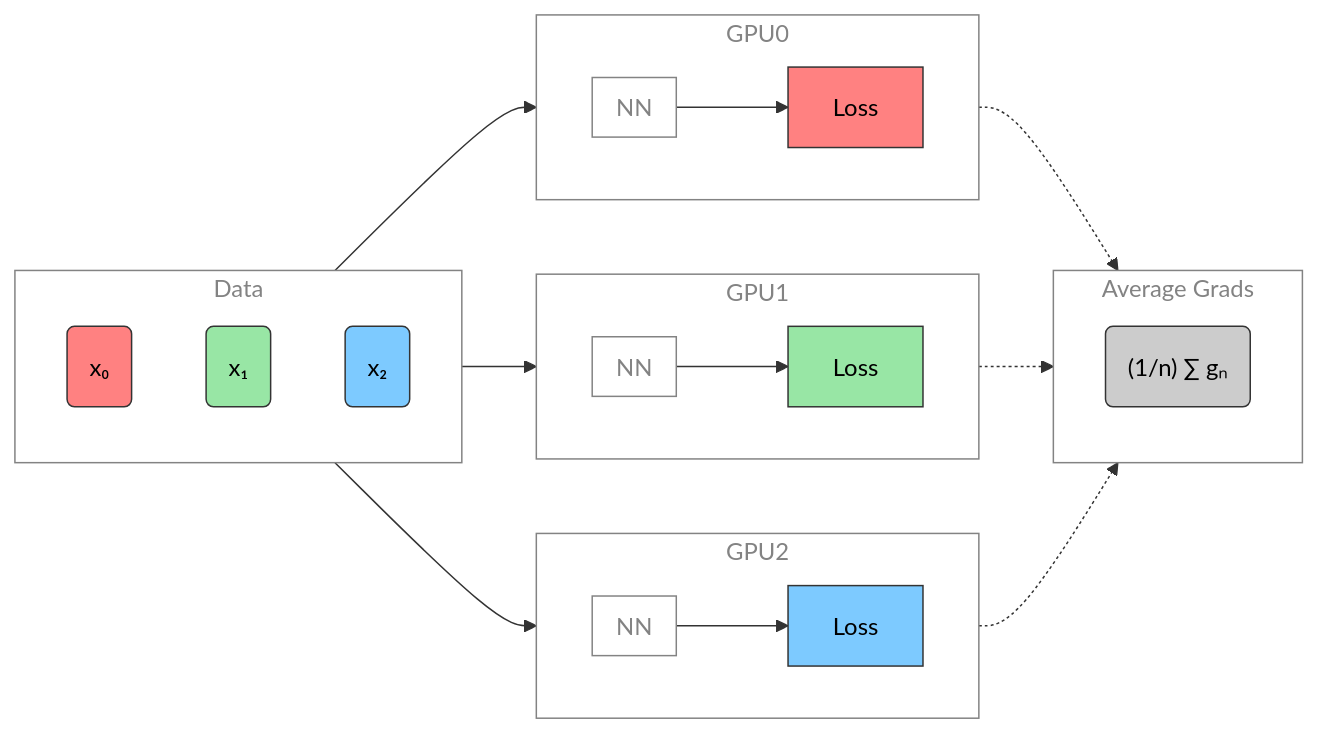
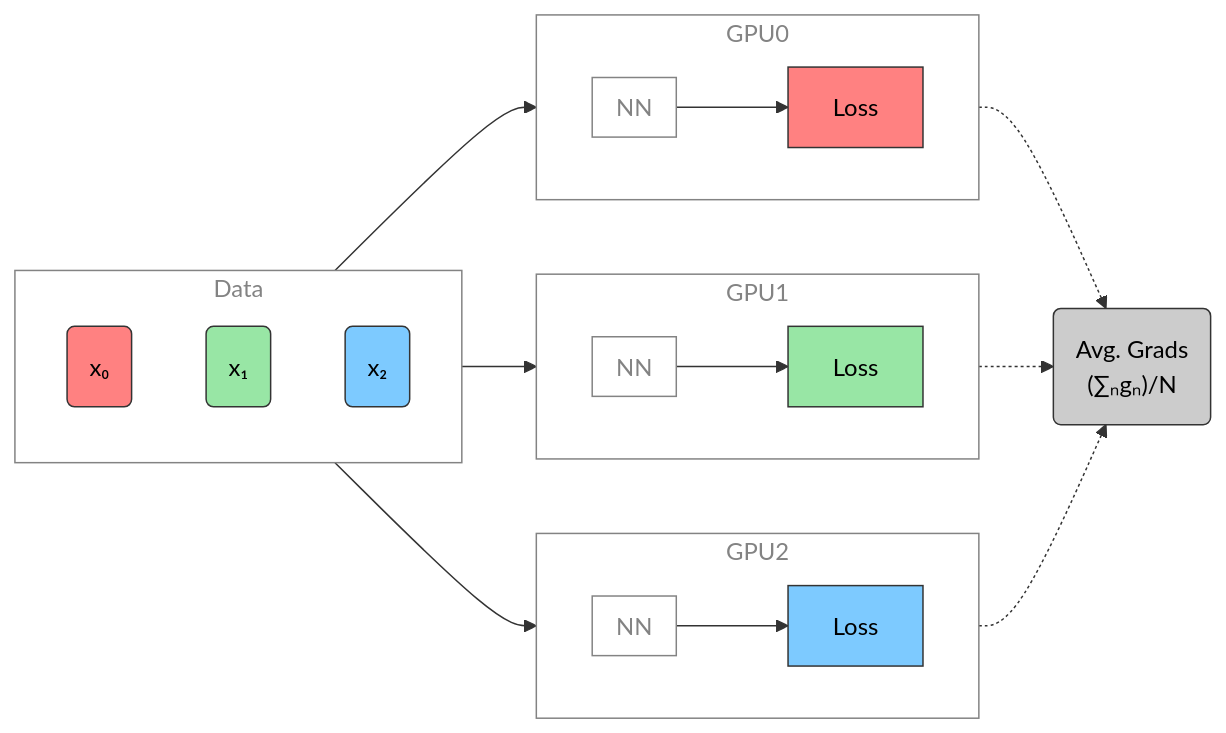
The third of 13 diagrams in docs/talks/ai-for-science-2024/ai-for-science-2024.md (saforem2/personal_site), drawn with Mermaid before and after one commit. The commit also changed other lines of this file and 101 other files, not shown here.

````diff
--- a/docs/talks/ai-for-science-2024/ai-for-science-2024.md
+++ b/docs/talks/ai-for-science-2024/ai-for-science-2024.md
@@ -208,59 +208,60 @@
 ``` mermaid
 flowchart LR
     subgraph D["`Data`"]
         direction TB
         %%xp("`xₙ₊₁`")
         x("`x₀`")
         x1("`x₁`")
         x2("`x₂`")
     end
     direction LR
     subgraph G0["`GPU0`"]
         direction LR
         subgraph N0["`NN`"]
         end
         %%y0("`y₀`")
         L0["`Loss`"]
     end
     subgraph G1["`GPU1`"]
         direction LR
         subgraph N1["`NN`"]
         end
         L1["`Loss`"]
     end
     subgraph G2["`GPU2`"]
         direction LR
         subgraph N2["`NN`"]
         end
         L2["`Loss`"]
     end
-    subgraph AR["`Average Grads`"]
-        direction TB
-        ar("`(1/n) ∑ gₙ`")
-    end
+    %% subgraph AR["`Average Grads`"]
+    %%     direction TB
+    %%     ar("`(∑ₙgₙ)/n`")
+    %% end
+    ar("`Avg. Grads<br>(∑ₙgₙ)/N`")
     x --> G0
     x1 --> G1
     x2 --> G2
     N0 --> L0
     N1 --> L1
     N2 --> L2
-    G0 -.-> AR
-    G1 -.-> AR
-    G2 -.-> AR
+    G0 -.-> ar
+    G1 -.-> ar
+    G2 -.-> ar
 classDef block fill:#CCCCCC02,stroke:#838383,stroke-width:1px,color:#838383
 classDef grey fill:#cccccc,stroke:#333,stroke-width:1px,color:#000
 classDef red fill:#ff8181,stroke:#333,stroke-width:1px,color:#000
 classDef orange fill:#FFC47F,stroke:#333,stroke-width:1px,color:#000
 classDef yellow fill:#FFFF7F,stroke:#333,stroke-width:1px,color:#000
 classDef green fill:#98E6A5,stroke:#333,stroke-width:1px,color:#000
 classDef blue fill:#7DCAFF,stroke:#333,stroke-width:1px,color:#000
 classDef purple fill:#FFCBE6,stroke:#333,stroke-width:1px,color:#000
 classDef text fill:#CCCCCC02,stroke:#838383,stroke-width:0px,color:#838383
 class x,y0,L0 red
 class x1,L1 green
 class x2,L2 blue
 class x3,ar grey
 class D,N0,N1,N2,G0,G1,G2,GU block
 class AR block
 class bc text
 ```
````
